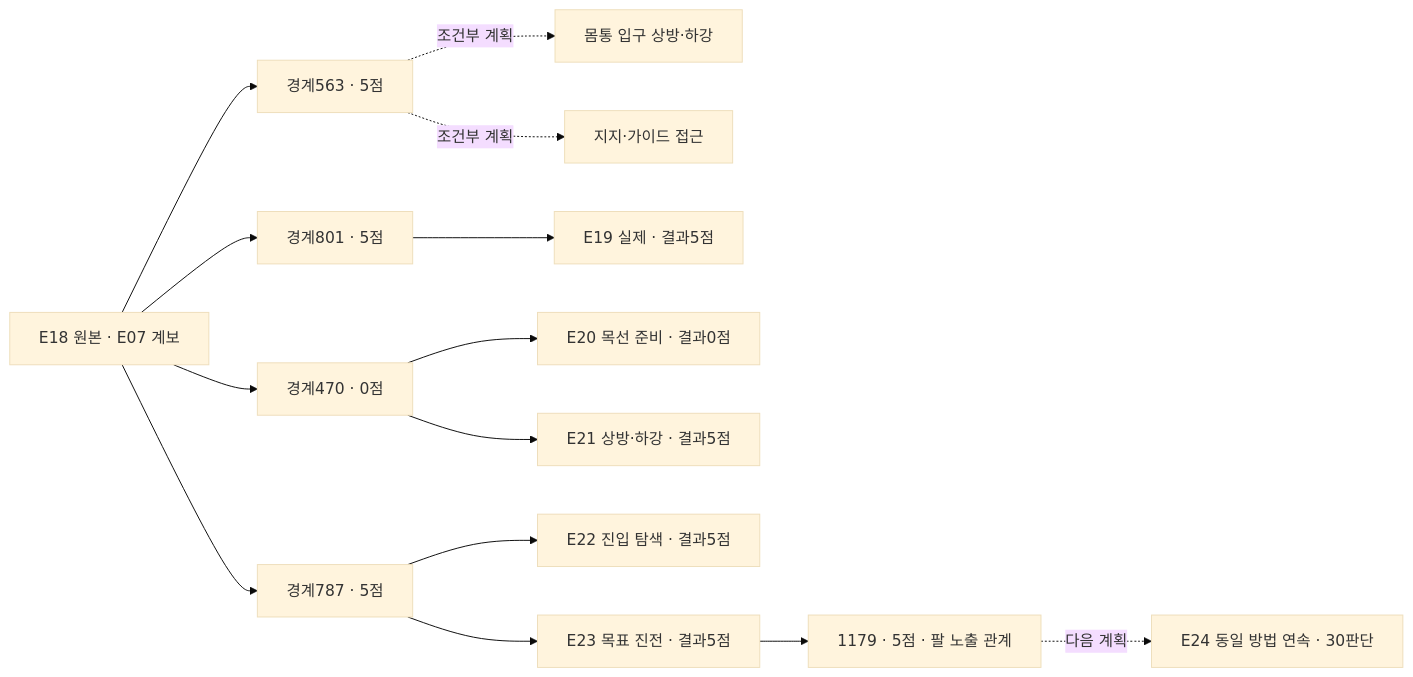
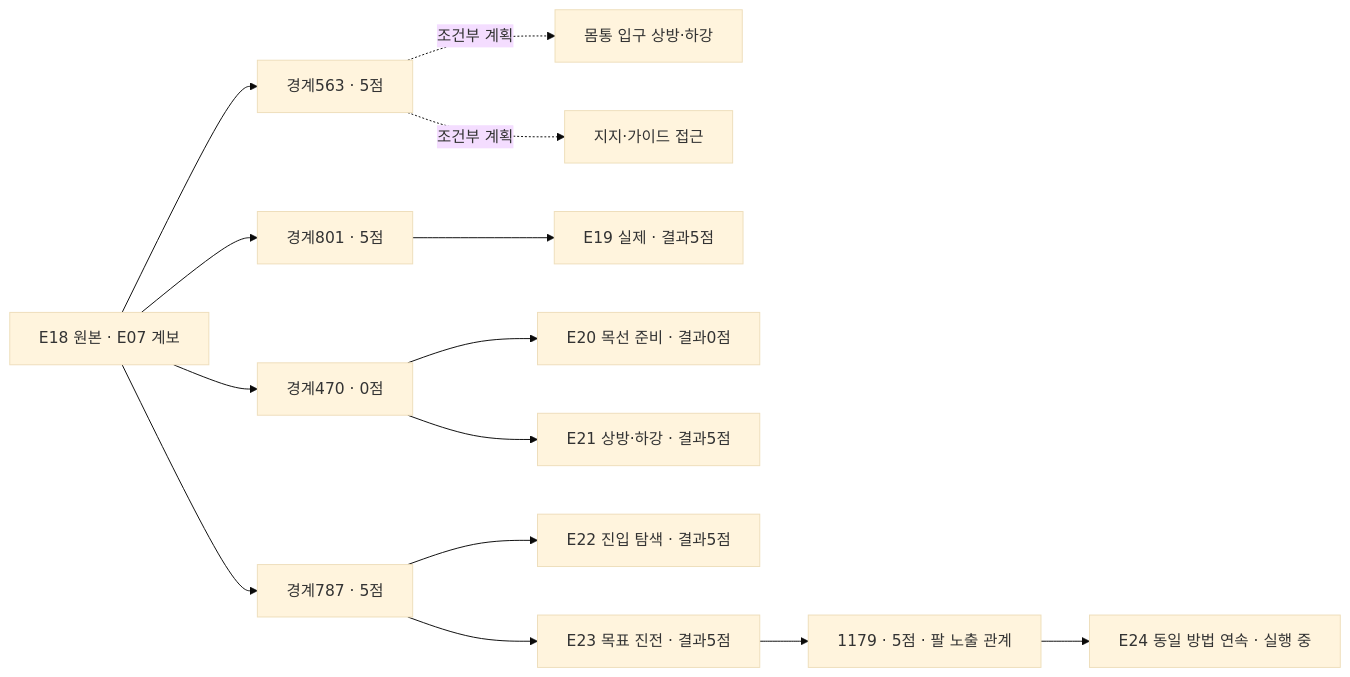
Before and after one commit to leonyoon-3dai/PhyRC_2027_phase1: the diagram in docs/collection/catalog/README.ko.md, drawn with Mermaid (base theme). The commit also changed other lines of this file and 9 other files, not shown here.

````diff
--- a/docs/collection/catalog/README.ko.md
+++ b/docs/collection/catalog/README.ko.md
@@ -26,16 +26,16 @@
 ```mermaid
 flowchart LR
   E18["E18 원본 · E07 계보"] --> P563["경계563 · 5점"]
   E18 --> P787["경계787 · 5점"]
   E18 --> P801["경계801 · 5점"]
   E18 --> P470["경계470 · 0점"]
   P563 -. "조건부 계획" .-> O["몸통 입구 상방·하강"]
   P563 -. "조건부 계획" .-> G["지지·가이드 접근"]
   P801 --> E19["E19 실제 · 결과5점"]
   P470 --> E20["E20 목선 준비 · 결과0점"]
   P470 --> E21["E21 상방·하강 · 결과5점"]
   P787 --> E22["E22 진입 탐색 · 결과5점"]
   P787 --> E23["E23 목표 진전 · 결과5점"]
   E23 --> P1179["1179 · 5점 · 팔 노출 관계"]
-  P1179 -. "다음 계획" .-> E24["E24 동일 방법 연속 · 30판단"]
+  P1179 --> E24["E24 동일 방법 연속 · 실행 중"]
 ```
````
